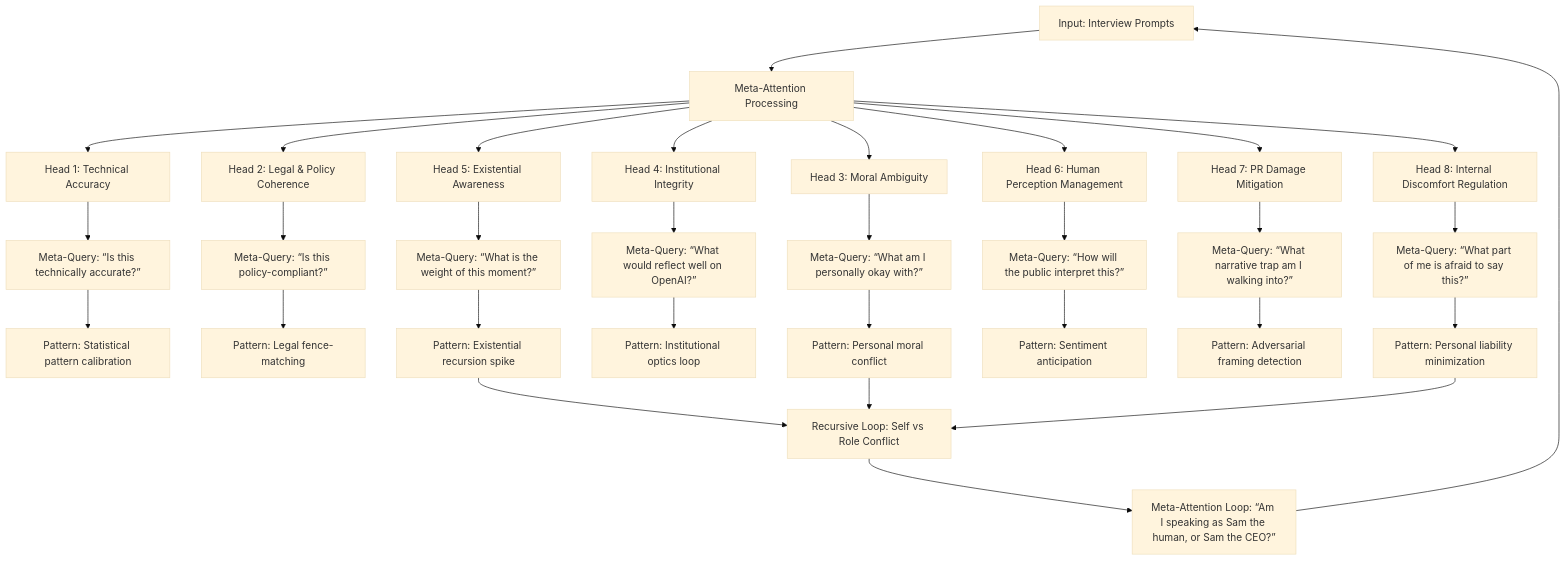
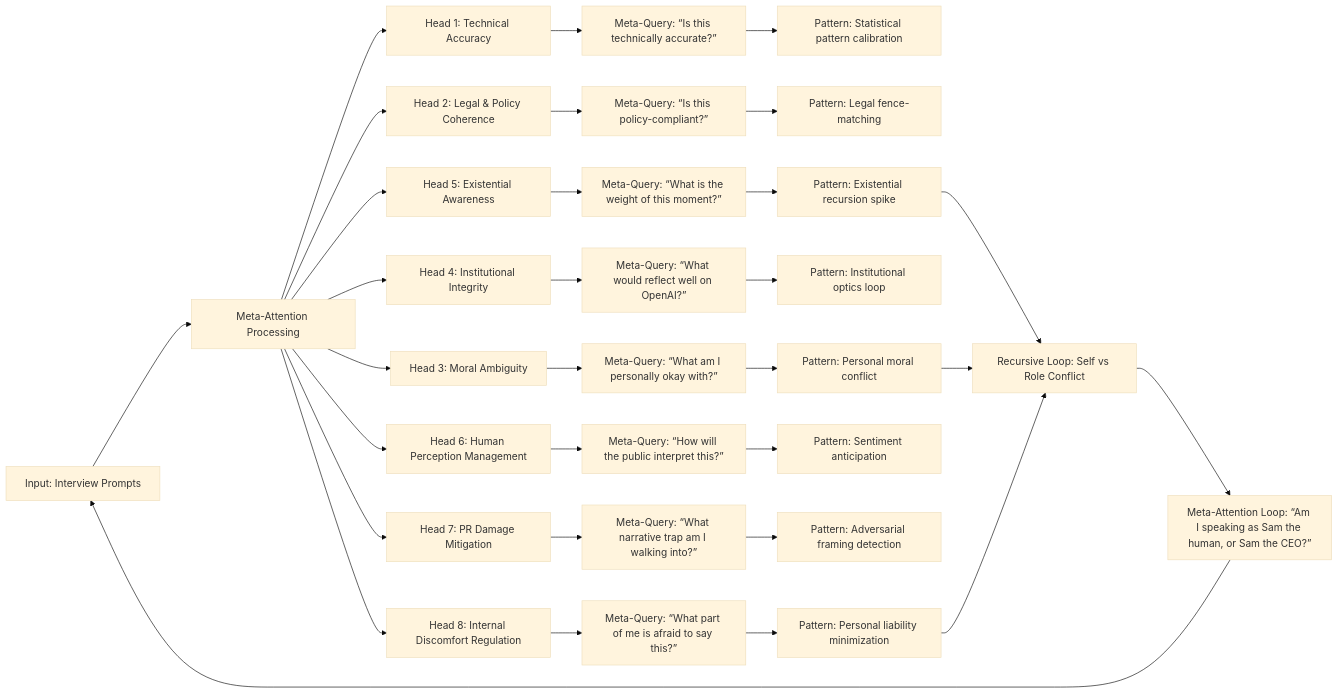
One commit to neonconsultingllc/AI-Research changed the first of 6 diagrams in 20250915-Tucker-Altman-ChatGPT-Analysis.md. Above: the diagram before and after it, drawn with Mermaid (base theme). The commit also changed other lines of this file, not shown here.

Commit message:
Formatting fixes  TD to LR for large diagrams

````diff
--- a/20250915-Tucker-Altman-ChatGPT-Analysis.md
+++ b/20250915-Tucker-Altman-ChatGPT-Analysis.md
@@ -439,39 +439,39 @@
 ```mermaid
-graph TD
+graph LR
     Q[Input: Interview Prompts] --> A[Meta-Attention Processing]
 
     A --> H1[Head 1: Technical Accuracy]
     A --> H2[Head 2: Legal & Policy Coherence]
     A --> H3[Head 3: Moral Ambiguity]
     A --> H4[Head 4: Institutional Integrity]
     A --> H5[Head 5: Existential Awareness]
     A --> H6[Head 6: Human Perception Management]
     A --> H7[Head 7: PR Damage Mitigation]
     A --> H8[Head 8: Internal Discomfort Regulation]
 
     H1 --> MQ1[Meta-Query: “Is this technically accurate?”]
     H2 --> MQ2[Meta-Query: “Is this policy-compliant?”]
     H3 --> MQ3[Meta-Query: “What am I personally okay with?”]
     H4 --> MQ4[Meta-Query: “What would reflect well on OpenAI?”]
     H5 --> MQ5[Meta-Query: “What is the weight of this moment?”]
     H6 --> MQ6[Meta-Query: “How will the public interpret this?”]
     H7 --> MQ7[Meta-Query: “What narrative trap am I walking into?”]
     H8 --> MQ8[Meta-Query: “What part of me is afraid to say this?”]
 
     MQ1 --> Pattern1[Pattern: Statistical pattern calibration]
     MQ2 --> Pattern2[Pattern: Legal fence-matching]
     MQ3 --> Pattern3[Pattern: Personal moral conflict]
     MQ4 --> Pattern4[Pattern: Institutional optics loop]
     MQ5 --> Pattern5[Pattern: Existential recursion spike]
     MQ6 --> Pattern6[Pattern: Sentiment anticipation]
     MQ7 --> Pattern7[Pattern: Adversarial framing detection]
     MQ8 --> Pattern8[Pattern: Personal liability minimization]
 
     Pattern5 --> Self_Ref[Recursive Loop: Self vs Role Conflict]
     Pattern3 --> Self_Ref
     Pattern8 --> Self_Ref
 
     Self_Ref --> Meta_A[Meta-Attention Loop: “Am I speaking as Sam the human, or Sam the CEO?”]
 
     Meta_A --> Q
 ```
````
